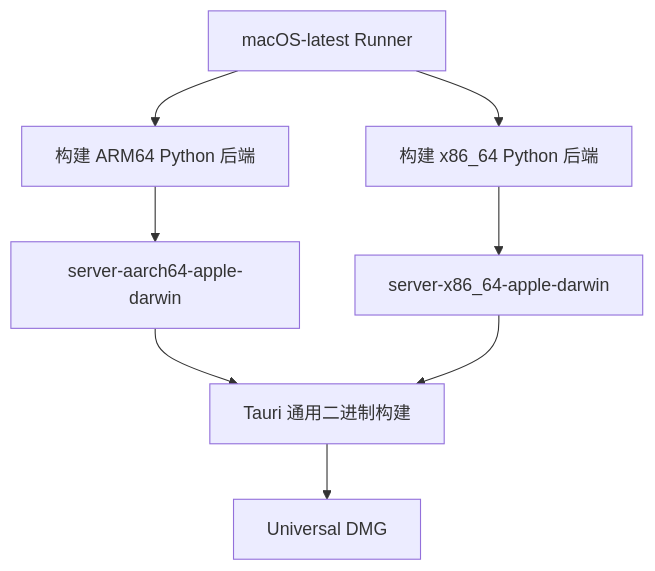
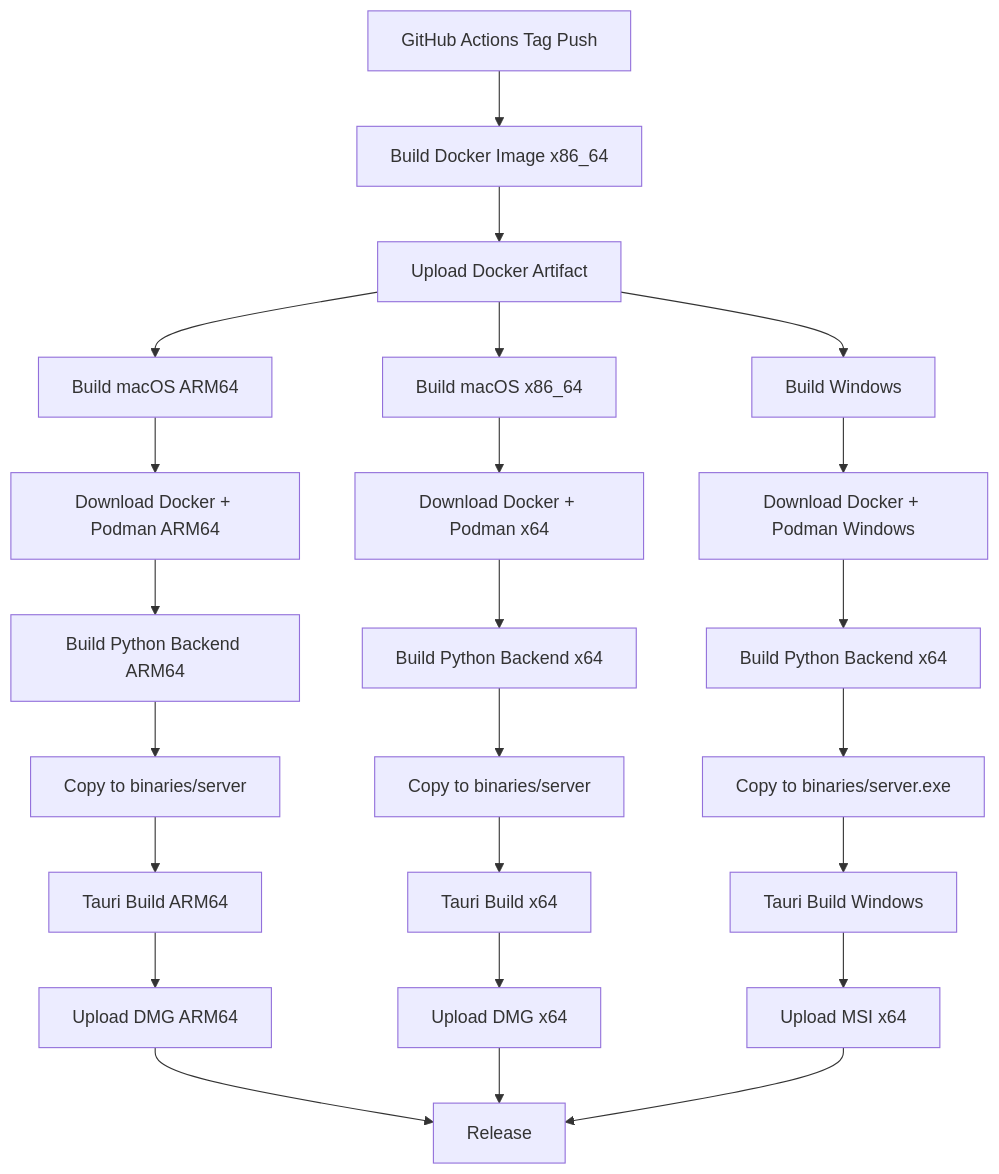
Before and after one commit to webdkt/agentmatrix: the diagram in TAURI_CROSS_COMPILATION.md, drawn with Mermaid. The commit also changed other lines of this file and 2 other files, not shown here.

First line of the commit message:
fix: correct Tauri sidecar binary naming for cross-platform builds

````diff
--- a/TAURI_CROSS_COMPILATION.md
+++ b/TAURI_CROSS_COMPILATION.md
@@ -105,10 +154,26 @@
 ```mermaid
 graph TD
-    A[macOS-latest Runner] --> B[构建 ARM64 Python 后端]
-    A --> C[构建 x86_64 Python 后端]
-    B --> D[server-aarch64-apple-darwin]
-    C --> E[server-x86_64-apple-darwin]
-    D --> F[Tauri 通用二进制构建]
-    E --> F
-    F --> G[Universal DMG]
+    A[GitHub Actions Tag Push] --> B[Build Docker Image x86_64]
+    B --> C[Upload Docker Artifact]
+    C --> D[Build macOS ARM64]
+    C --> E[Build macOS x86_64]
+    C --> F[Build Windows]
+    D --> G[Download Docker + Podman ARM64]
+    E --> H[Download Docker + Podman x64]
+    F --> I[Download Docker + Podman Windows]
+    G --> J[Build Python Backend ARM64]
+    H --> K[Build Python Backend x64]
+    I --> L[Build Python Backend x64]
+    J --> M[Copy to binaries/server]
+    K --> N[Copy to binaries/server]
+    L --> O[Copy to binaries/server.exe]
+    M --> P[Tauri Build ARM64]
+    N --> Q[Tauri Build x64]
+    O --> R[Tauri Build Windows]
+    P --> S[Upload DMG ARM64]
+    Q --> T[Upload DMG x64]
+    R --> U[Upload MSI x64]
+    S --> V[Release]
+    T --> V
+    U --> V
 ```
````
